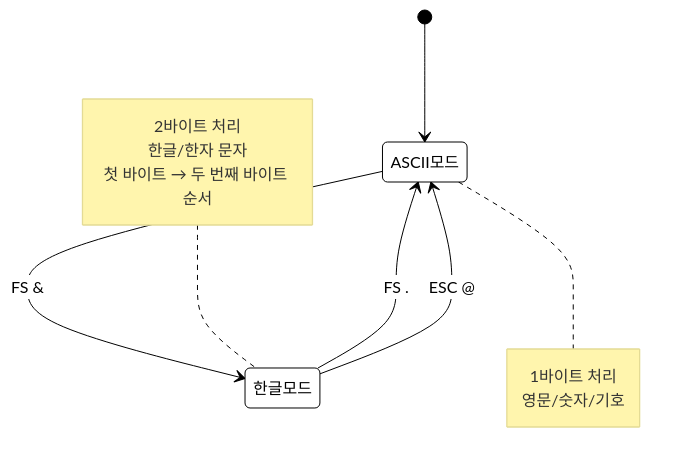
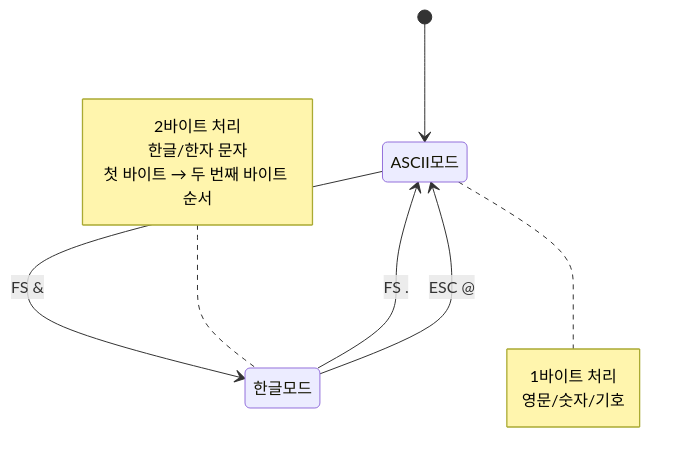
One commit to nicewook/receipt-printer changed the second of 4 diagrams in docs/escpos-commands-deep-dive.md. Above: the diagram before and after it, drawn with Mermaid. The commit also changed other lines of this file and 5 other files, not shown here.

First line of the commit message:
Fix documentation portal Mermaid rendering and clean up markdown files

````diff
--- a/docs/escpos-commands-deep-dive.md
+++ b/docs/escpos-commands-deep-dive.md
@@ -101,27 +90,18 @@
 ```mermaid
-%%{init: {
-  'theme': 'base',
-  'themeVariables': {
-    'primaryColor': '#ffffff',
-    'primaryTextColor': '#000000',
-    'primaryBorderColor': '#000000',
-    'lineColor': '#000000'
-  }
-}}%%
 stateDiagram-v2
     [*] --> ASCII모드
     ASCII모드 --> 한글모드 : FS &
     한글모드 --> ASCII모드 : FS .
     한글모드 --> ASCII모드 : ESC @
     
     note right of ASCII모드
         1바이트 처리
         영문/숫자/기호
     end note
     
     note left of 한글모드
         2바이트 처리
         한글/한자 문자
         첫 바이트 → 두 번째 바이트 순서
     end note
 ```
````
